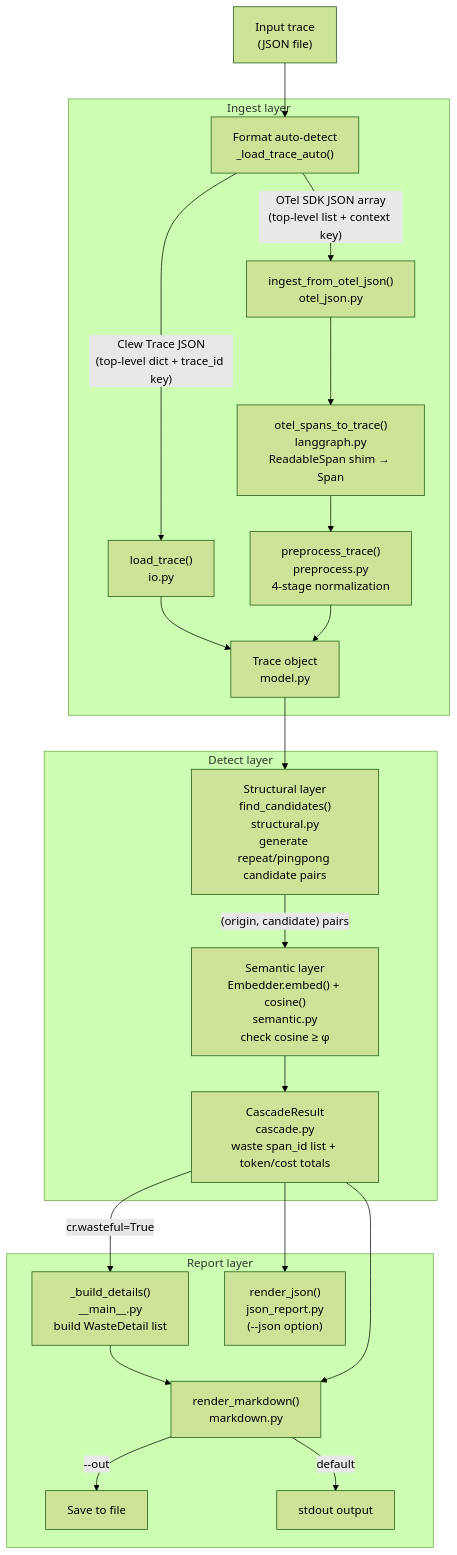
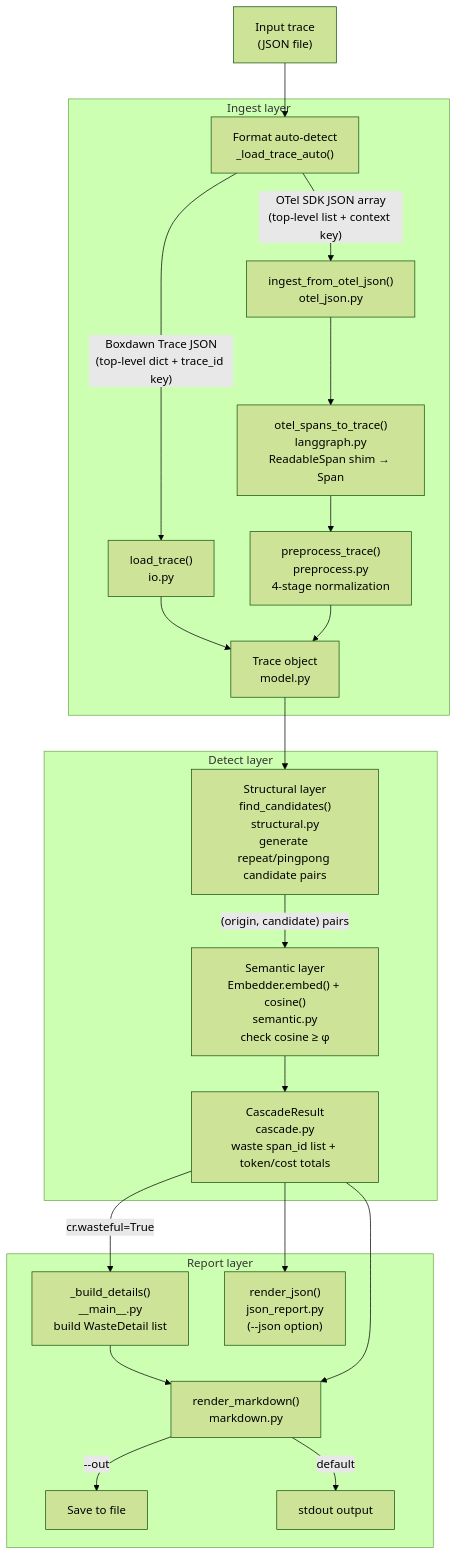
Before and after one commit to JEONSEWON/Clew-by-Custos: the first of 2 diagrams in docs/ARCHITECTURE.md, drawn with Mermaid (forest theme). The commit also changed other lines of this file and 16 other files, not shown here.

````diff
--- a/docs/ARCHITECTURE.md
+++ b/docs/ARCHITECTURE.md
@@ -67,31 +67,31 @@
 ```mermaid
 graph TD
     A["Input trace<br/>(JSON file)"] --> B
 
     subgraph Ingest layer
         B["Format auto-detect<br/>_load_trace_auto()"]
-        B -->|"Clew Trace JSON<br/>(top-level dict + trace_id key)"| C1["load_trace()<br/>io.py"]
+        B -->|"Boxdawn Trace JSON<br/>(top-level dict + trace_id key)"| C1["load_trace()<br/>io.py"]
         B -->|"OTel SDK JSON array<br/>(top-level list + context key)"| C2["ingest_from_otel_json()<br/>otel_json.py"]
         C2 --> C3["otel_spans_to_trace()<br/>langgraph.py<br/>ReadableSpan shim → Span"]
         C3 --> C4["preprocess_trace()<br/>preprocess.py<br/>4-stage normalization"]
         C1 --> D
         C4 --> D
         D["Trace object<br/>model.py"]
     end
 
     subgraph Detect layer
         D --> E["Structural layer<br/>find_candidates()<br/>structural.py<br/>generate repeat/pingpong candidate pairs"]
         E -->|"(origin, candidate) pairs"| F["Semantic layer<br/>Embedder.embed() + cosine()<br/>semantic.py<br/>check cosine ≥ φ"]
         F --> G["CascadeResult<br/>cascade.py<br/>waste span_id list + token/cost totals"]
     end
 
     subgraph Report layer
         G -->|"cr.wasteful=True"| H["_build_details()<br/>__main__.py<br/>build WasteDetail list"]
         H --> I
         G --> I
         I["render_markdown()<br/>markdown.py"]
         I -->|"--out"| J["Save to file"]
         I -->|"default"| K["stdout output"]
         G --> L["render_json()<br/>json_report.py<br/>(--json option)"]
     end
 ```
````
